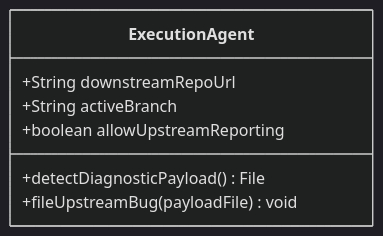
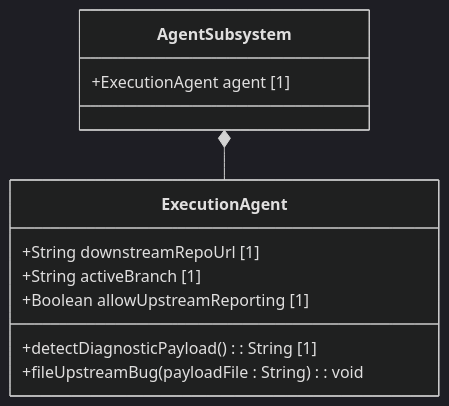
Before and after one commit to gintatkinson/digital-pipeline-repo: the diagram in docs/features/feat-05-agent-bug-filing.md, drawn with Mermaid (dark theme). The commit also changed other lines of this file and 8 other files, not shown here.

Commit message:
fix: resolve reconciler checklist duplication, add upstream bug reporting policy, enforce curly brace constraints check, and implement parent epic linkage

````diff
--- a/docs/features/feat-05-agent-bug-filing.md
+++ b/docs/features/feat-05-agent-bug-filing.md
@@ -13,10 +18,14 @@
 ```mermaid
 classDiagram
+    class AgentSubsystem {
+        +ExecutionAgent agent [1]
+    }
     class ExecutionAgent {
-        +String downstreamRepoUrl
-        +String activeBranch
-        +boolean allowUpstreamReporting
-        +detectDiagnosticPayload() File
-        +fileUpstreamBug(payloadFile) void
+        +String downstreamRepoUrl [1]
+        +String activeBranch [1]
+        +Boolean allowUpstreamReporting [1]
+        +detectDiagnosticPayload() : String [1]
+        +fileUpstreamBug(payloadFile : String) : void
     }
+    AgentSubsystem *-- ExecutionAgent
 ```
````
